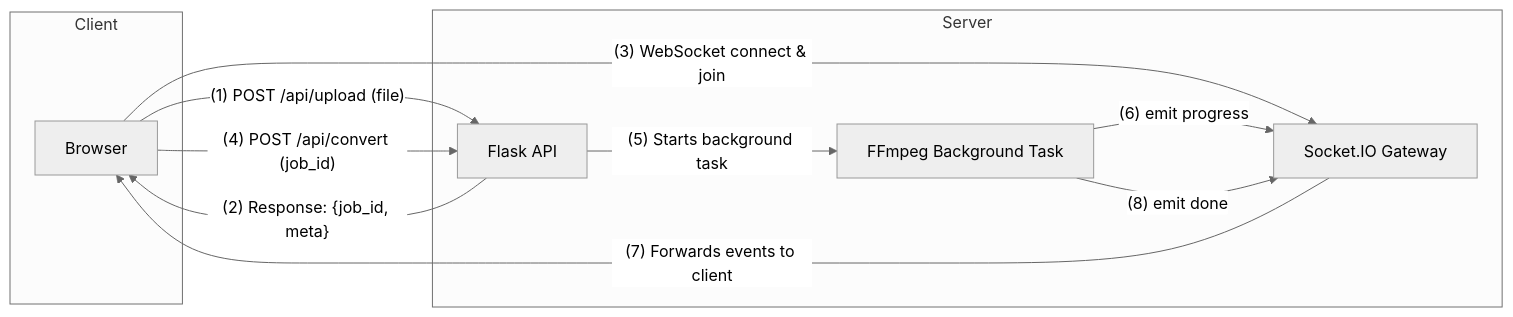
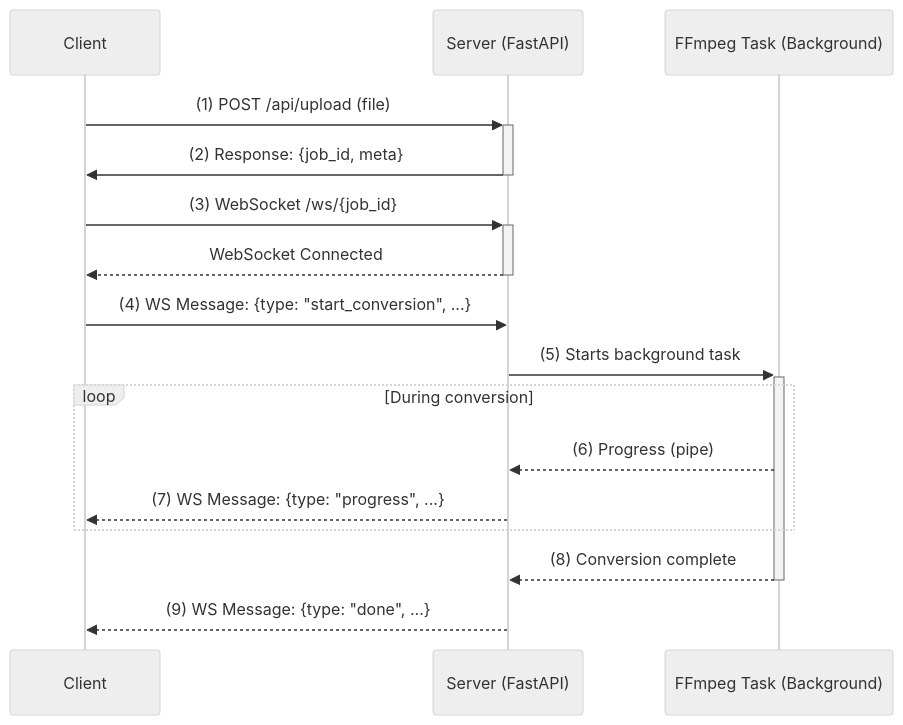
The diagram in README.md (fovendor/roundify-video-bot), drawn with Mermaid (neutral theme) before and after one commit. The commit also changed other lines of this file and 6 other files, not shown here.

````diff
--- a/README.md
+++ b/README.md
@@ -20,21 +22,19 @@
 ```mermaid
-graph LR
-    subgraph Client
-        A[Browser]
+sequenceDiagram
+    participant Client
+    participant Server as Server (FastAPI)
+    participant FFmpeg as FFmpeg Task (Background)
+
+    Client->>+Server: (1) POST /api/upload (file)
+    Server->>-Client: (2) Response: {job_id, meta}
+    Client->>+Server: (3) WebSocket /ws/{job_id}
+    Server-->>-Client: WebSocket Connected
+    Client->>Server: (4) WS Message: {type: "start_conversion", ...}
+    Server->>+FFmpeg: (5) Starts background task
+    loop During conversion
+        FFmpeg-->>Server: (6) Progress (pipe)
+        Server-->>Client: (7) WS Message: {type: "progress", ...}
     end
-
-    subgraph Server
-        B[Flask API]
-        C[Socket.IO Gateway]
-        D[FFmpeg Background Task]
-    end
-
-    A -- "`(1) POST /api/upload (file)`" --> B
-    B -- "`(2) Response: {job_id, meta}`" --> A
-    A -- "`(3) WebSocket connect & join`" --> C
-    A -- "`(4) POST /api/convert (job_id)`" --> B
-    B -- "`(5) Starts background task`" --> D
-    D -- "`(6) emit progress`" --> C
-    C -- "`(7) Forwards events to client`" --> A
-    D -- "`(8) emit done`" --> C
+    FFmpeg-->>-Server: (8) Conversion complete
+    Server-->>Client: (9) WS Message: {type: "done", ...}
 ```
````
